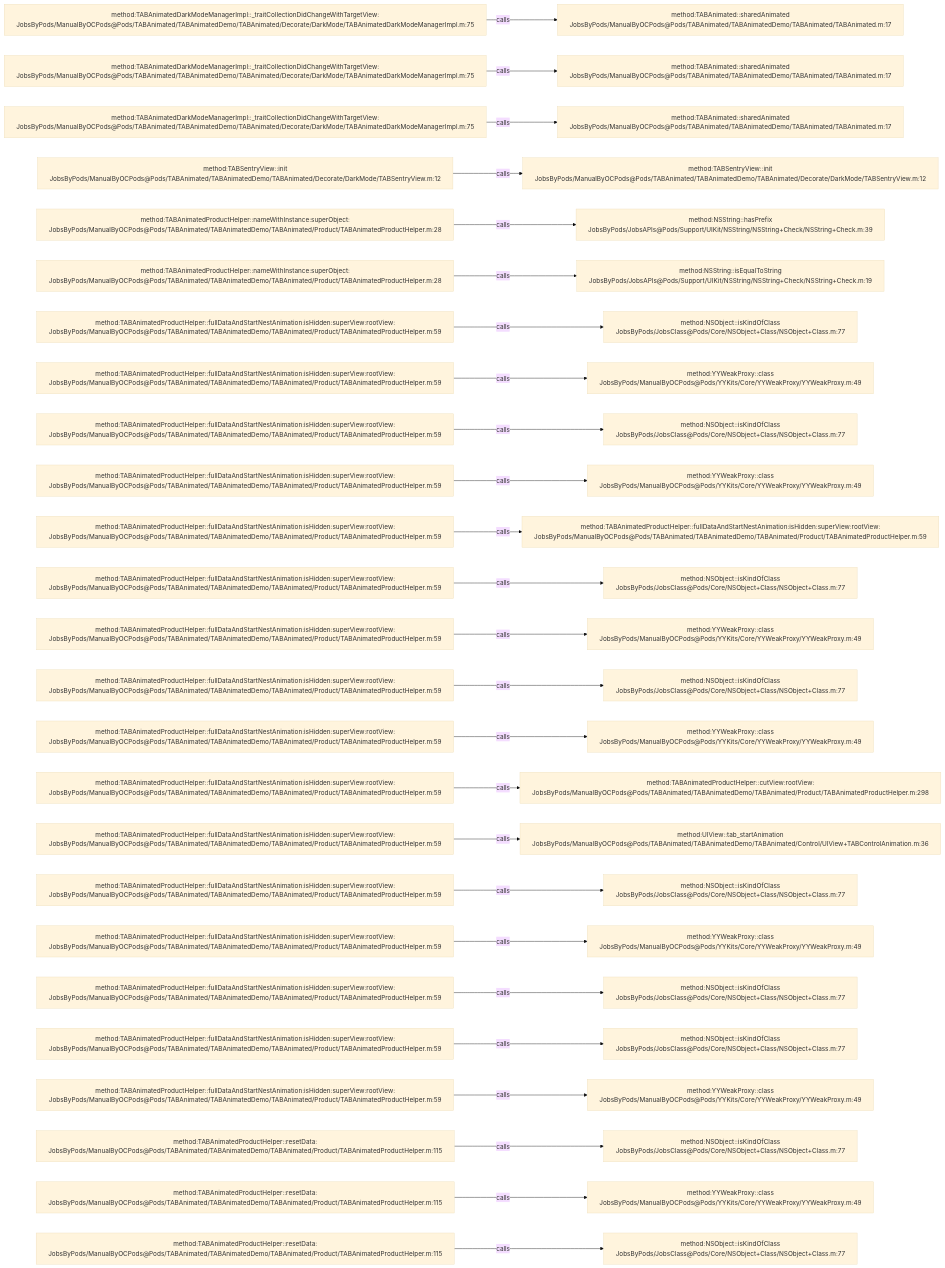
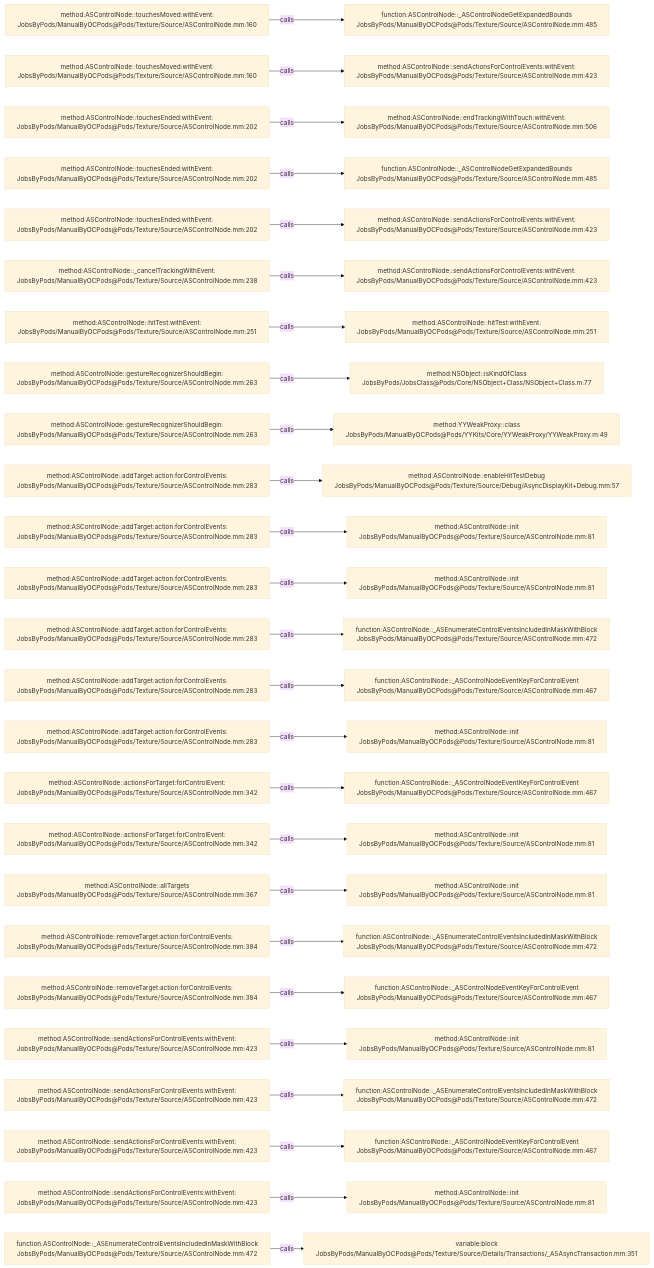
The diagram in .codegraph/codegraph.md/graphs/calls-196.md (JobsKits/JobsOCBaseConfigDemo), drawn with Mermaid (base theme) before and after one commit. The commit also changed 573 other files, not shown here.

````diff
--- a/.codegraph/codegraph.md/graphs/calls-196.md
+++ b/.codegraph/codegraph.md/graphs/calls-196.md
@@ -13,78 +13,78 @@
 ```mermaid
 flowchart LR
-  S1["method:TABAnimatedDarkModeManagerImpl::_traitCollectionDidChangeWithTargetView:<br/>JobsByPods/ManualByOCPods@Pods/TABAnimated/TABAnimatedDemo/TABAnimated/Decorate/DarkMode/TABAnimatedDarkModeManagerImpl.m:75"]
-  T1["method:TABAnimated::sharedAnimated<br/>JobsByPods/ManualByOCPods@Pods/TABAnimated/TABAnimatedDemo/TABAnimated/TABAnimated.m:17"]
+  S1["method:ASControlNode::touchesMoved:withEvent:<br/>JobsByPods/ManualByOCPods@Pods/Texture/Source/ASControlNode.mm:160"]
+  T1["function:ASControlNode::_ASControlNodeGetExpandedBounds<br/>JobsByPods/ManualByOCPods@Pods/Texture/Source/ASControlNode.mm:485"]
   S1 -->|calls| T1
-  S2["method:TABAnimatedDarkModeManagerImpl::_traitCollectionDidChangeWithTargetView:<br/>JobsByPods/ManualByOCPods@Pods/TABAnimated/TABAnimatedDemo/TABAnimated/Decorate/DarkMode/TABAnimatedDarkModeManagerImpl.m:75"]
-  T2["method:TABAnimated::sharedAnimated<br/>JobsByPods/ManualByOCPods@Pods/TABAnimated/TABAnimatedDemo/TABAnimated/TABAnimated.m:17"]
+  S2["method:ASControlNode::touchesMoved:withEvent:<br/>JobsByPods/ManualByOCPods@Pods/Texture/Source/ASControlNode.mm:160"]
+  T2["method:ASControlNode::sendActionsForControlEvents:withEvent:<br/>JobsByPods/ManualByOCPods@Pods/Texture/Source/ASControlNode.mm:423"]
   S2 -->|calls| T2
-  S3["method:TABAnimatedDarkModeManagerImpl::_traitCollectionDidChangeWithTargetView:<br/>JobsByPods/ManualByOCPods@Pods/TABAnimated/TABAnimatedDemo/TABAnimated/Decorate/DarkMode/TABAnimatedDarkModeManagerImpl.m:75"]
-  T3["method:TABAnimated::sharedAnimated<br/>JobsByPods/ManualByOCPods@Pods/TABAnimated/TABAnimatedDemo/TABAnimated/TABAnimated.m:17"]
+  S3["method:ASControlNode::touchesEnded:withEvent:<br/>JobsByPods/ManualByOCPods@Pods/Texture/Source/ASControlNode.mm:202"]
+  T3["method:ASControlNode::endTrackingWithTouch:withEvent:<br/>JobsByPods/ManualByOCPods@Pods/Texture/Source/ASControlNode.mm:506"]
   S3 -->|calls| T3
-  S4["method:TABSentryView::init<br/>JobsByPods/ManualByOCPods@Pods/TABAnimated/TABAnimatedDemo/TABAnimated/Decorate/DarkMode/TABSentryView.m:12"]
-  T4["method:TABSentryView::init<br/>JobsByPods/ManualByOCPods@Pods/TABAnimated/TABAnimatedDemo/TABAnimated/Decorate/DarkMode/TABSentryView.m:12"]
+  S4["method:ASControlNode::touchesEnded:withEvent:<br/>JobsByPods/ManualByOCPods@Pods/Texture/Source/ASControlNode.mm:202"]
+  T4["function:ASControlNode::_ASControlNodeGetExpandedBounds<br/>JobsByPods/ManualByOCPods@Pods/Texture/Source/ASControlNode.mm:485"]
   S4 -->|calls| T4
-  S5["method:TABAnimatedProductHelper::nameWithInstance:superObject:<br/>JobsByPods/ManualByOCPods@Pods/TABAnimated/TABAnimatedDemo/TABAnimated/Product/TABAnimatedProductHelper.m:28"]
-  T5["method:NSString::hasPrefix<br/>JobsByPods/JobsAPIs@Pods/Support/UIKit/NSString/NSString+Check/NSString+Check.m:39"]
+  S5["method:ASControlNode::touchesEnded:withEvent:<br/>JobsByPods/ManualByOCPods@Pods/Texture/Source/ASControlNode.mm:202"]
+  T5["method:ASControlNode::sendActionsForControlEvents:withEvent:<br/>JobsByPods/ManualByOCPods@Pods/Texture/Source/ASControlNode.mm:423"]
   S5 -->|calls| T5
-  S6["method:TABAnimatedProductHelper::nameWithInstance:superObject:<br/>JobsByPods/ManualByOCPods@Pods/TABAnimated/TABAnimatedDemo/TABAnimated/Product/TABAnimatedProductHelper.m:28"]
-  T6["method:NSString::isEqualToString<br/>JobsByPods/JobsAPIs@Pods/Support/UIKit/NSString/NSString+Check/NSString+Check.m:19"]
+  S6["method:ASControlNode::_cancelTrackingWithEvent:<br/>JobsByPods/ManualByOCPods@Pods/Texture/Source/ASControlNode.mm:238"]
+  T6["method:ASControlNode::sendActionsForControlEvents:withEvent:<br/>JobsByPods/ManualByOCPods@Pods/Texture/Source/ASControlNode.mm:423"]
   S6 -->|calls| T6
-  S7["method:TABAnimatedProductHelper::fullDataAndStartNestAnimation:isHidden:superView:rootView:<br/>JobsByPods/ManualByOCPods@Pods/TABAnimated/TABAnimatedDemo/TABAnimated/Product/TABAnimatedProductHelper.m:59"]
-  T7["method:NSObject::isKindOfClass<br/>JobsByPods/JobsClass@Pods/Core/NSObject+Class/NSObject+Class.m:77"]
+  S7["method:ASControlNode::hitTest:withEvent:<br/>JobsByPods/ManualByOCPods@Pods/Texture/Source/ASControlNode.mm:251"]
+  T7["method:ASControlNode::hitTest:withEvent:<br/>JobsByPods/ManualByOCPods@Pods/Texture/Source/ASControlNode.mm:251"]
   S7 -->|calls| T7
-  S8["method:TABAnimatedProductHelper::fullDataAndStartNestAnimation:isHidden:superView:rootView:<br/>JobsByPods/ManualByOCPods@Pods/TABAnimated/TABAnimatedDemo/TABAnimated/Product/TABAnimatedProductHelper.m:59"]
-  T8["method:YYWeakProxy::class<br/>JobsByPods/ManualByOCPods@Pods/YYKits/Core/YYWeakProxy/YYWeakProxy.m:49"]
+  S8["method:ASControlNode::gestureRecognizerShouldBegin:<br/>JobsByPods/ManualByOCPods@Pods/Texture/Source/ASControlNode.mm:263"]
+  T8["method:NSObject::isKindOfClass<br/>JobsByPods/JobsClass@Pods/Core/NSObject+Class/NSObject+Class.m:77"]
   S8 -->|calls| T8
-  S9["method:TABAnimatedProductHelper::fullDataAndStartNestAnimation:isHidden:superView:rootView:<br/>JobsByPods/ManualByOCPods@Pods/TABAnimated/TABAnimatedDemo/TABAnimated/Product/TABAnimatedProductHelper.m:59"]
-  T9["method:NSObject::isKindOfClass<br/>JobsByPods/JobsClass@Pods/Core/NSObject+Class/NSObject+Class.m:77"]
+  S9["method:ASControlNode::gestureRecognizerShouldBegin:<br/>JobsByPods/ManualByOCPods@Pods/Texture/Source/ASControlNode.mm:263"]
+  T9["method:YYWeakProxy::class<br/>JobsByPods/ManualByOCPods@Pods/YYKits/Core/YYWeakProxy/YYWeakProxy.m:49"]
   S9 -->|calls| T9
-  S10["method:TABAnimatedProductHelper::fullDataAndStartNestAnimation:isHidden:superView:rootView:<br/>JobsByPods/ManualByOCPods@Pods/TABAnimated/TABAnimatedDemo/TABAnimated/Product/TABAnimatedProductHelper.m:59"]
-  T10["method:YYWeakProxy::class<br/>JobsByPods/ManualByOCPods@Pods/YYKits/Core/YYWeakProxy/YYWeakProxy.m:49"]
+  S10["method:ASControlNode::addTarget:action:forControlEvents:<br/>JobsByPods/ManualByOCPods@Pods/Texture/Source/ASControlNode.mm:283"]
+  T10["method:ASControlNode::enableHitTestDebug<br/>JobsByPods/ManualByOCPods@Pods/Texture/Source/Debug/AsyncDisplayKit+Debug.mm:57"]
   S10 -->|calls| T10
-  S11["method:TABAnimatedProductHelper::fullDataAndStartNestAnimation:isHidden:superView:rootView:<br/>JobsByPods/ManualByOCPods@Pods/TABAnimated/TABAnimatedDemo/TABAnimated/Product/TABAnimatedProductHelper.m:59"]
-  T11["method:TABAnimatedProductHelper::fullDataAndStartNestAnimation:isHidden:superView:rootView:<br/>JobsByPods/ManualByOCPods@Pods/TABAnimated/TABAnimatedDemo/TABAnimated/Product/TABAnimatedProductHelper.m:59"]
+  S11["method:ASControlNode::addTarget:action:forControlEvents:<br/>JobsByPods/ManualByOCPods@Pods/Texture/Source/ASControlNode.mm:283"]
+  T11["method:ASControlNode::init<br/>JobsByPods/ManualByOCPods@Pods/Texture/Source/ASControlNode.mm:81"]
   S11 -->|calls| T11
-  S12["method:TABAnimatedProductHelper::fullDataAndStartNestAnimation:isHidden:superView:rootView:<br/>JobsByPods/ManualByOCPods@Pods/TABAnimated/TABAnimatedDemo/TABAnimated/Product/TABAnimatedProductHelper.m:59"]
-  T12["method:NSObject::isKindOfClass<br/>JobsByPods/JobsClass@Pods/Core/NSObject+Class/NSObject+Class.m:77"]
+  S12["method:ASControlNode::addTarget:action:forControlEvents:<br/>JobsByPods/ManualByOCPods@Pods/Texture/Source/ASControlNode.mm:283"]
+  T12["method:ASControlNode::init<br/>JobsByPods/ManualByOCPods@Pods/Texture/Source/ASControlNode.mm:81"]
   S12 -->|calls| T12
-  S13["method:TABAnimatedProductHelper::fullDataAndStartNestAnimation:isHidden:superView:rootView:<br/>JobsByPods/ManualByOCPods@Pods/TABAnimated/TABAnimatedDemo/TABAnimated/Product/TABAnimatedProductHelper.m:59"]
-  T13["method:YYWeakProxy::class<br/>JobsByPods/ManualByOCPods@Pods/YYKits/Core/YYWeakProxy/YYWeakProxy.m:49"]
+  S13["method:ASControlNode::addTarget:action:forControlEvents:<br/>JobsByPods/ManualByOCPods@Pods/Texture/Source/ASControlNode.mm:283"]
+  T13["function:ASControlNode::_ASEnumerateControlEventsIncludedInMaskWithBlock<br/>JobsByPods/ManualByOCPods@Pods/Texture/Source/ASControlNode.mm:472"]
   S13 -->|calls| T13
-  S14["method:TABAnimatedProductHelper::fullDataAndStartNestAnimation:isHidden:superView:rootView:<br/>JobsByPods/ManualByOCPods@Pods/TABAnimated/TABAnimatedDemo/TABAnimated/Product/TABAnimatedProductHelper.m:59"]
-  T14["method:NSObject::isKindOfClass<br/>JobsByPods/JobsClass@Pods/Core/NSObject+Class/NSObject+Class.m:77"]
+  S14["method:ASControlNode::addTarget:action:forControlEvents:<br/>JobsByPods/ManualByOCPods@Pods/Texture/Source/ASControlNode.mm:283"]
+  T14["function:ASControlNode::_ASControlNodeEventKeyForControlEvent<br/>JobsByPods/ManualByOCPods@Pods/Texture/Source/ASControlNode.mm:467"]
   S14 -->|calls| T14
-  S15["method:TABAnimatedProductHelper::fullDataAndStartNestAnimation:isHidden:superView:rootView:<br/>JobsByPods/ManualByOCPods@Pods/TABAnimated/TABAnimatedDemo/TABAnimated/Product/TABAnimatedProductHelper.m:59"]
-  T15["method:YYWeakProxy::class<br/>JobsByPods/ManualByOCPods@Pods/YYKits/Core/YYWeakProxy/YYWeakProxy.m:49"]
+  S15["method:ASControlNode::addTarget:action:forControlEvents:<br/>JobsByPods/ManualByOCPods@Pods/Texture/Source/ASControlNode.mm:283"]
+  T15["method:ASControlNode::init<br/>JobsByPods/ManualByOCPods@Pods/Texture/Source/ASControlNode.mm:81"]
   S15 -->|calls| T15
-  S16["method:TABAnimatedProductHelper::fullDataAndStartNestAnimation:isHidden:superView:rootView:<br/>JobsByPods/ManualByOCPods@Pods/TABAnimated/TABAnimatedDemo/TABAnimated/Product/TABAnimatedProductHelper.m:59"]
-  T16["method:TABAnimatedProductHelper::cutView:rootView:<br/>JobsByPods/ManualByOCPods@Pods/TABAnimated/TABAnimatedDemo/TABAnimated/Product/TABAnimatedProductHelper.m:298"]
+  S16["method:ASControlNode::actionsForTarget:forControlEvent:<br/>JobsByPods/ManualByOCPods@Pods/Texture/Source/ASControlNode.mm:342"]
+  T16["function:ASControlNode::_ASControlNodeEventKeyForControlEvent<br/>JobsByPods/ManualByOCPods@Pods/Texture/Source/ASControlNode.mm:467"]
   S16 -->|calls| T16
-  S17["method:TABAnimatedProductHelper::fullDataAndStartNestAnimation:isHidden:superView:rootView:<br/>JobsByPods/ManualByOCPods@Pods/TABAnimated/TABAnimatedDemo/TABAnimated/Product/TABAnimatedProductHelper.m:59"]
-  T17["method:UIView::tab_startAnimation<br/>JobsByPods/ManualByOCPods@Pods/TABAnimated/TABAnimatedDemo/TABAnimated/Control/UIView+TABControlAnimation.m:36"]
+  S17["method:ASControlNode::actionsForTarget:forControlEvent:<br/>JobsByPods/ManualByOCPods@Pods/Texture/Source/ASControlNode.mm:342"]
+  T17["method:ASControlNode::init<br/>JobsByPods/ManualByOCPods@Pods/Texture/Source/ASControlNode.mm:81"]
   S17 -->|calls| T17
-  S18["method:TABAnimatedProductHelper::fullDataAndStartNestAnimation:isHidden:superView:rootView:<br/>JobsByPods/ManualByOCPods@Pods/TABAnimated/TABAnimatedDemo/TABAnimated/Product/TABAnimatedProductHelper.m:59"]
-  T18["method:NSObject::isKindOfClass<br/>JobsByPods/JobsClass@Pods/Core/NSObject+Class/NSObject+Class.m:77"]
+  S18["method:ASControlNode::allTargets<br/>JobsByPods/ManualByOCPods@Pods/Texture/Source/ASControlNode.mm:367"]
+  T18["method:ASControlNode::init<br/>JobsByPods/ManualByOCPods@Pods/Texture/Source/ASControlNode.mm:81"]
   S18 -->|calls| T18
-  S19["method:TABAnimatedProductHelper::fullDataAndStartNestAnimation:isHidden:superView:rootView:<br/>JobsByPods/ManualByOCPods@Pods/TABAnimated/TABAnimatedDemo/TABAnimated/Product/TABAnimatedProductHelper.m:59"]
-  T19["method:YYWeakProxy::class<br/>JobsByPods/ManualByOCPods@Pods/YYKits/Core/YYWeakProxy/YYWeakProxy.m:49"]
+  S19["method:ASControlNode::removeTarget:action:forControlEvents:<br/>JobsByPods/ManualByOCPods@Pods/Texture/Source/ASControlNode.mm:384"]
+  T19["function:ASControlNode::_ASEnumerateControlEventsIncludedInMaskWithBlock<br/>JobsByPods/ManualByOCPods@Pods/Texture/Source/ASControlNode.mm:472"]
   S19 -->|calls| T19
-  S20["method:TABAnimatedProductHelper::fullDataAndStartNestAnimation:isHidden:superView:rootView:<br/>JobsByPods/ManualByOCPods@Pods/TABAnimated/TABAnimatedDemo/TABAnimated/Product/TABAnimatedProductHelper.m:59"]
-  T20["method:NSObject::isKindOfClass<br/>JobsByPods/JobsClass@Pods/Core/NSObject+Class/NSObject+Class.m:77"]
+  S20["method:ASControlNode::removeTarget:action:forControlEvents:<br/>JobsByPods/ManualByOCPods@Pods/Texture/Source/ASControlNode.mm:384"]
+  T20["function:ASControlNode::_ASControlNodeEventKeyForControlEvent<br/>JobsByPods/ManualByOCPods@Pods/Texture/Source/ASControlNode.mm:467"]
   S20 -->|calls| T20
-  S21["method:TABAnimatedProductHelper::fullDataAndStartNestAnimation:isHidden:superView:rootView:<br/>JobsByPods/ManualByOCPods@Pods/TABAnimated/TABAnimatedDemo/TABAnimated/Product/TABAnimatedProductHelper.m:59"]
-  T21["method:NSObject::isKindOfClass<br/>JobsByPods/JobsClass@Pods/Core/NSObject+Class/NSObject+Class.m:77"]
+  S21["method:ASControlNode::sendActionsForControlEvents:withEvent:<br/>JobsByPods/ManualByOCPods@Pods/Texture/Source/ASControlNode.mm:423"]
+  T21["method:ASControlNode::init<br/>JobsByPods/ManualByOCPods@Pods/Texture/Source/ASControlNode.mm:81"]
   S21 -->|calls| T21
-  S22["method:TABAnimatedProductHelper::fullDataAndStartNestAnimation:isHidden:superView:rootView:<br/>JobsByPods/ManualByOCPods@Pods/TABAnimated/TABAnimatedDemo/TABAnimated/Product/TABAnimatedProductHelper.m:59"]
-  T22["method:YYWeakProxy::class<br/>JobsByPods/ManualByOCPods@Pods/YYKits/Core/YYWeakProxy/YYWeakProxy.m:49"]
+  S22["method:ASControlNode::sendActionsForControlEvents:withEvent:<br/>JobsByPods/ManualByOCPods@Pods/Texture/Source/ASControlNode.mm:423"]
+  T22["function:ASControlNode::_ASEnumerateControlEventsIncludedInMaskWithBlock<br/>JobsByPods/ManualByOCPods@Pods/Texture/Source/ASControlNode.mm:472"]
   S22 -->|calls| T22
-  S23["method:TABAnimatedProductHelper::resetData:<br/>JobsByPods/ManualByOCPods@Pods/TABAnimated/TABAnimatedDemo/TABAnimated/Product/TABAnimatedProductHelper.m:115"]
-  T23["method:NSObject::isKindOfClass<br/>JobsByPods/JobsClass@Pods/Core/NSObject+Class/NSObject+Class.m:77"]
+  S23["method:ASControlNode::sendActionsForControlEvents:withEvent:<br/>JobsByPods/ManualByOCPods@Pods/Texture/Source/ASControlNode.mm:423"]
+  T23["function:ASControlNode::_ASControlNodeEventKeyForControlEvent<br/>JobsByPods/ManualByOCPods@Pods/Texture/Source/ASControlNode.mm:467"]
   S23 -->|calls| T23
-  S24["method:TABAnimatedProductHelper::resetData:<br/>JobsByPods/ManualByOCPods@Pods/TABAnimated/TABAnimatedDemo/TABAnimated/Product/TABAnimatedProductHelper.m:115"]
-  T24["method:YYWeakProxy::class<br/>JobsByPods/ManualByOCPods@Pods/YYKits/Core/YYWeakProxy/YYWeakProxy.m:49"]
+  S24["method:ASControlNode::sendActionsForControlEvents:withEvent:<br/>JobsByPods/ManualByOCPods@Pods/Texture/Source/ASControlNode.mm:423"]
+  T24["method:ASControlNode::init<br/>JobsByPods/ManualByOCPods@Pods/Texture/Source/ASControlNode.mm:81"]
   S24 -->|calls| T24
-  S25["method:TABAnimatedProductHelper::resetData:<br/>JobsByPods/ManualByOCPods@Pods/TABAnimated/TABAnimatedDemo/TABAnimated/Product/TABAnimatedProductHelper.m:115"]
-  T25["method:NSObject::isKindOfClass<br/>JobsByPods/JobsClass@Pods/Core/NSObject+Class/NSObject+Class.m:77"]
+  S25["function:ASControlNode::_ASEnumerateControlEventsIncludedInMaskWithBlock<br/>JobsByPods/ManualByOCPods@Pods/Texture/Source/ASControlNode.mm:472"]
+  T25["variable:block<br/>JobsByPods/ManualByOCPods@Pods/Texture/Source/Details/Transactions/_ASAsyncTransaction.mm:351"]
   S25 -->|calls| T25
 ```
````
